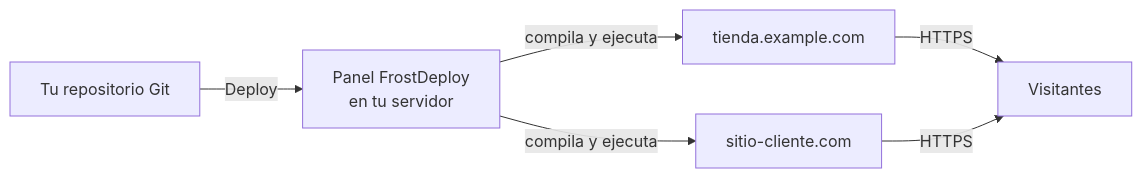
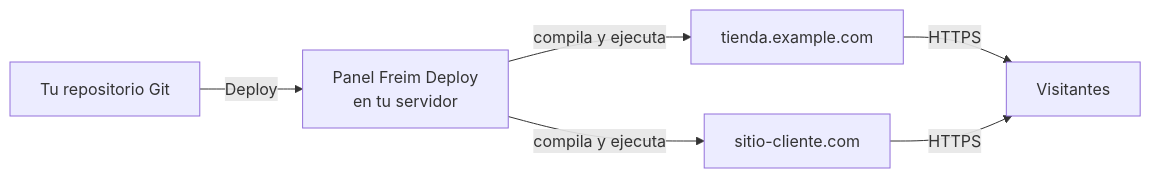
Before and after one commit to ARTFROST1/FreimDeploy: the first of 2 diagrams in README.es.md, drawn with Mermaid. The commit also changed other lines of this file and 21 other files, not shown here.

````diff
--- a/README.es.md
+++ b/README.es.md
@@ -221,8 +229,8 @@
 ```mermaid
 flowchart LR
-    G["Tu repositorio Git"] -->|Deploy| P["Panel FrostDeploy<br/>en tu servidor"]
+    G["Tu repositorio Git"] -->|Deploy| P["Panel Freim Deploy<br/>en tu servidor"]
     P -->|compila y ejecuta| S1["tienda.example.com"]
     P -->|compila y ejecuta| S2["sitio-cliente.com"]
     S1 -->|HTTPS| V["Visitantes"]
     S2 -->|HTTPS| V
 ```
````
